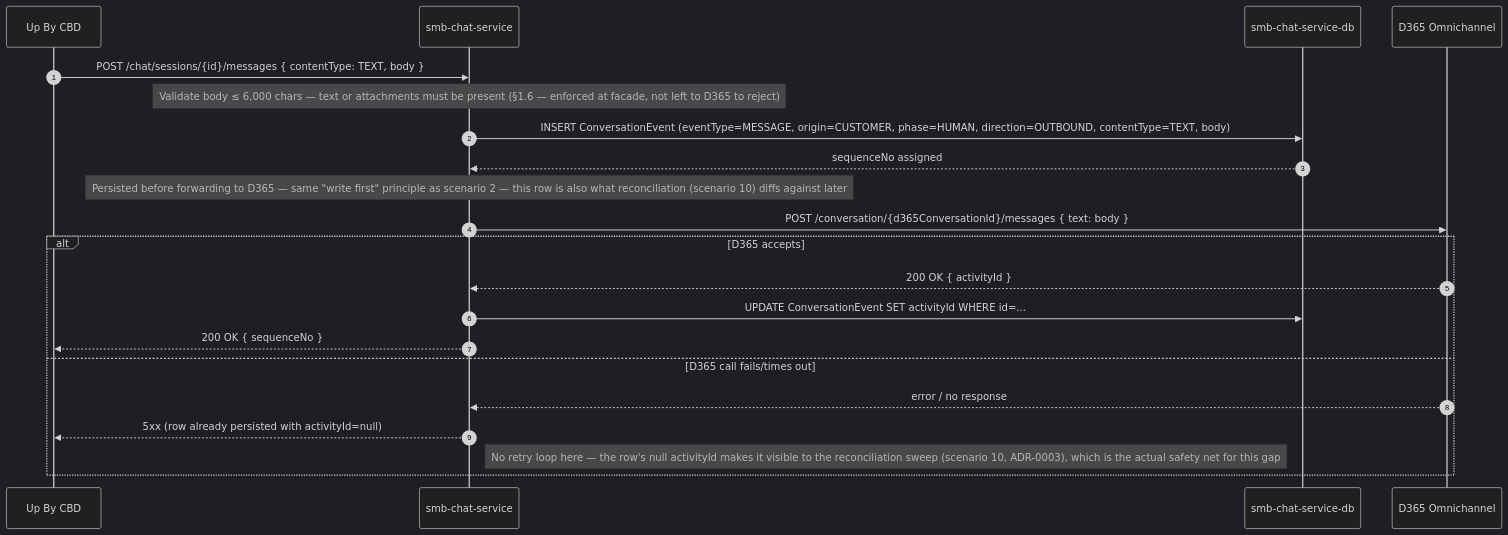
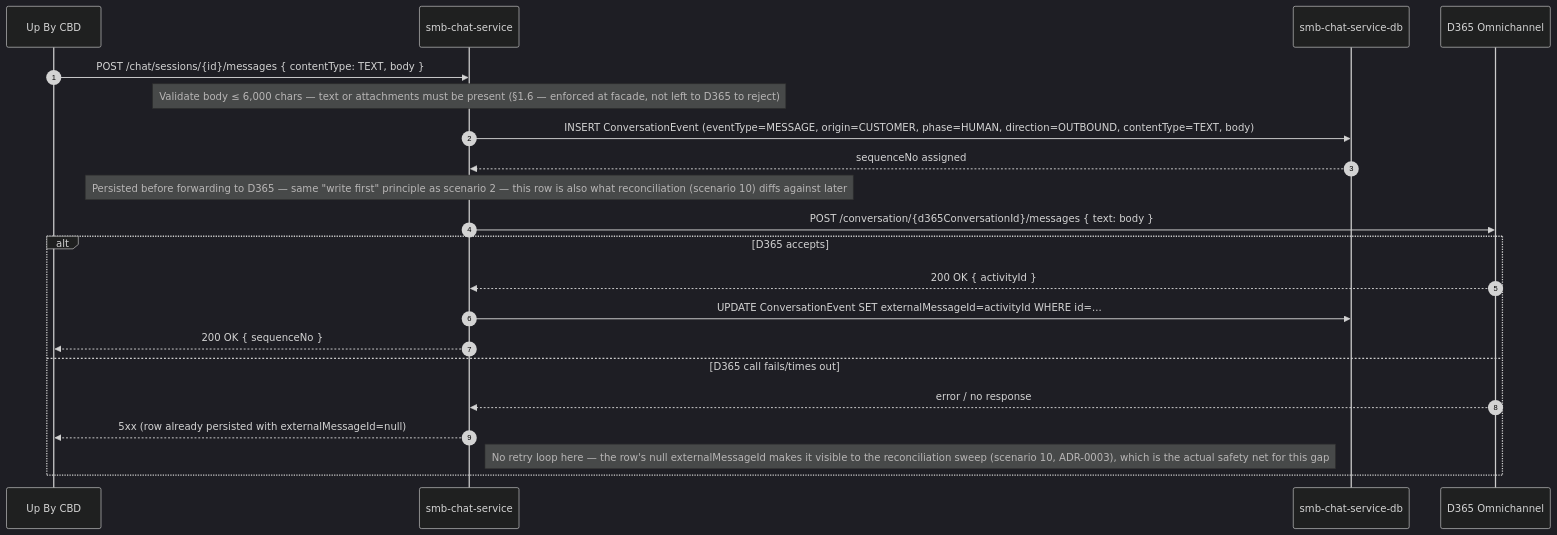
Before and after one commit to tbrudnicki/cbd: the fifth of 13 diagrams in human-chat/solution-design.md, drawn with Mermaid (dark theme). The commit also changed other lines of this file and 2 other files, not shown here.

```diff
--- a/human-chat/solution-design.md
+++ b/human-chat/solution-design.md
@@ -243,24 +317,24 @@
 ::: mermaid
 sequenceDiagram
 autonumber
 Participant mobile as Up By CBD
 Participant chatsvc as smb-chat-service
 Participant db as smb-chat-service-db
 Participant d365 as D365 Omnichannel
 
 mobile ->> chatsvc: POST /chat/sessions/{id}/messages { contentType: TEXT, body }
 Note over chatsvc: Validate body ≤ 6,000 chars — text or attachments must be present (§1.6 — enforced at facade, not left to D365 to reject)
 chatsvc ->> db: INSERT ConversationEvent (eventType=MESSAGE, origin=CUSTOMER, phase=HUMAN, direction=OUTBOUND, contentType=TEXT, body)
 db -->> chatsvc: sequenceNo assigned
 Note over chatsvc: Persisted before forwarding to D365 — same "write first" principle as scenario 2 — this row is also what reconciliation (scenario 10) diffs against later
 chatsvc ->> d365: POST /conversation/{d365ConversationId}/messages { text: body }
 alt D365 accepts
     d365 -->> chatsvc: 200 OK { activityId }
-    chatsvc ->> db: UPDATE ConversationEvent SET activityId WHERE id=...
+    chatsvc ->> db: UPDATE ConversationEvent SET externalMessageId=activityId WHERE id=...
     chatsvc -->> mobile: 200 OK { sequenceNo }
 else D365 call fails/times out
     d365 -->> chatsvc: error / no response
-    chatsvc -->> mobile: 5xx (row already persisted with activityId=null)
-    Note right of chatsvc: No retry loop here — the row's null activityId makes it visible to the reconciliation sweep (scenario 10, ADR-0003), which is the actual safety net for this gap
+    chatsvc -->> mobile: 5xx (row already persisted with externalMessageId=null)
+    Note right of chatsvc: No retry loop here — the row's null externalMessageId makes it visible to the reconciliation sweep (scenario 10, ADR-0003), which is the actual safety net for this gap
 end
 :::
```
